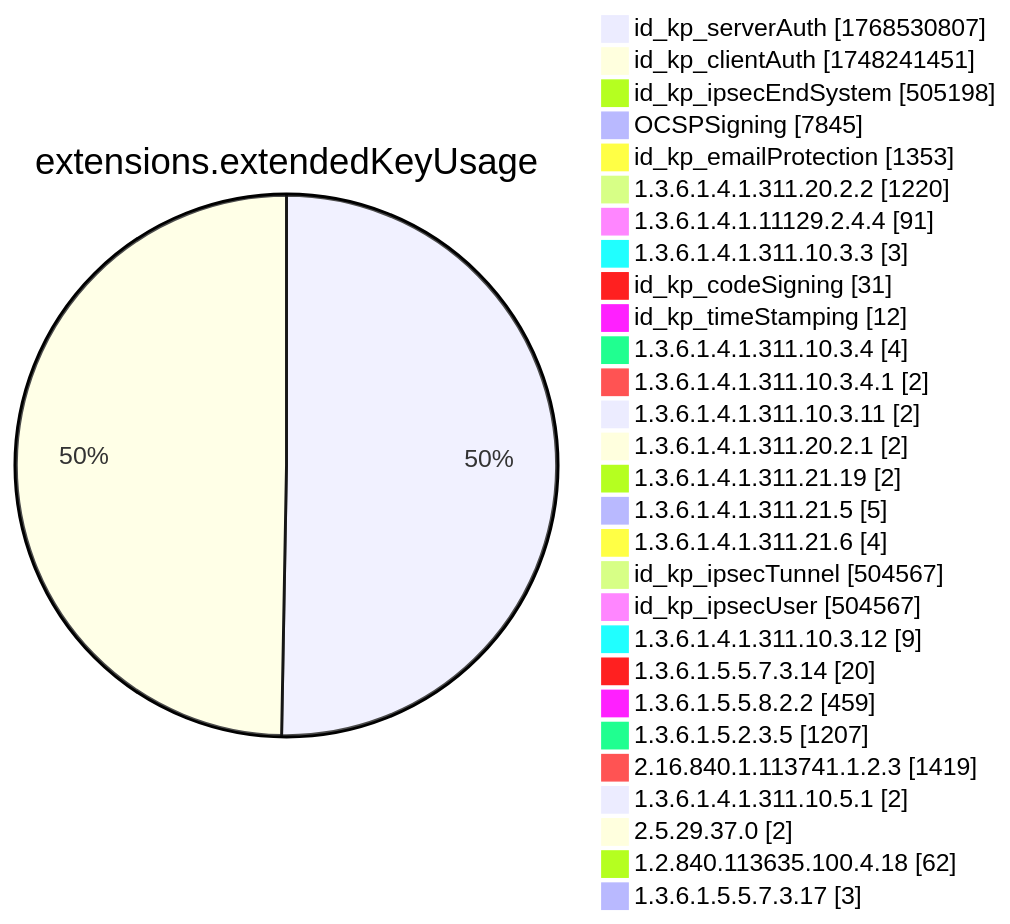
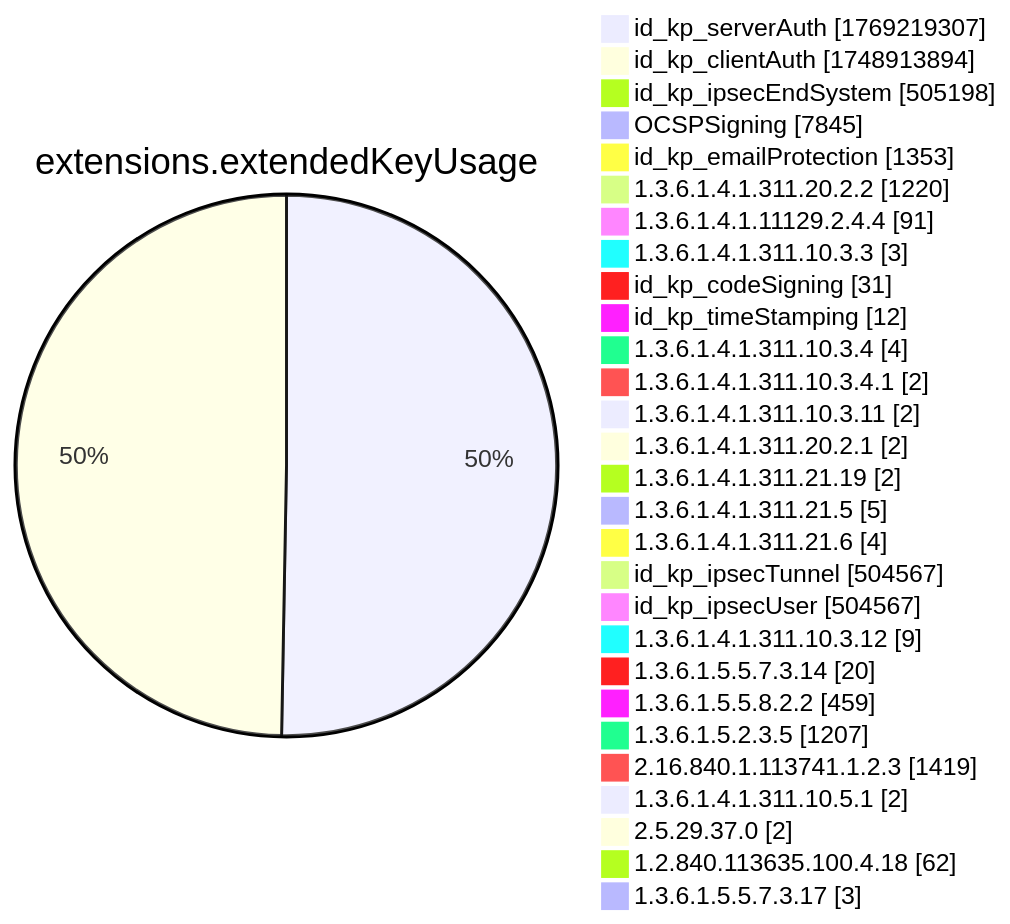
One commit to christiankrug/ctmonitor_visualization changed diagram 12 of 15 in xenon2022/README.md. Above: the diagram before and after it, drawn with Mermaid. The commit also changed other lines of this file, not shown here.

````diff
--- a/xenon2022/README.md
+++ b/xenon2022/README.md
@@ -3893,32 +3893,32 @@
 ```mermaid
 pie showData
 title extensions.extendedKeyUsage
-"id_kp_serverAuth" :1768530807
-"id_kp_clientAuth" :1748241451
+"id_kp_serverAuth" :1769219307
+"id_kp_clientAuth" :1748913894
 "id_kp_ipsecEndSystem" :505198
 "OCSPSigning" :7845
 "id_kp_emailProtection" :1353
 "1.3.6.1.4.1.311.20.2.2" :1220
 "1.3.6.1.4.1.11129.2.4.4" :91
 "1.3.6.1.4.1.311.10.3.3" :3
 "id_kp_codeSigning" :31
 "id_kp_timeStamping" :12
 "1.3.6.1.4.1.311.10.3.4" :4
 "1.3.6.1.4.1.311.10.3.4.1" :2
 "1.3.6.1.4.1.311.10.3.11" :2
 "1.3.6.1.4.1.311.20.2.1" :2
 "1.3.6.1.4.1.311.21.19" :2
 "1.3.6.1.4.1.311.21.5" :5
 "1.3.6.1.4.1.311.21.6" :4
 "id_kp_ipsecTunnel" :504567
 "id_kp_ipsecUser" :504567
 "1.3.6.1.4.1.311.10.3.12" :9
 "1.3.6.1.5.5.7.3.14" :20
 "1.3.6.1.5.5.8.2.2" :459
 "1.3.6.1.5.2.3.5" :1207
 "2.16.840.1.113741.1.2.3" :1419
 "1.3.6.1.4.1.311.10.5.1" :2
 "2.5.29.37.0" :2
 "1.2.840.113635.100.4.18" :62
 "1.3.6.1.5.5.7.3.17" :3
 ```
````
